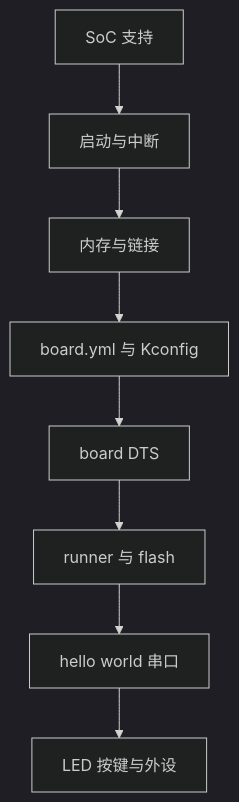
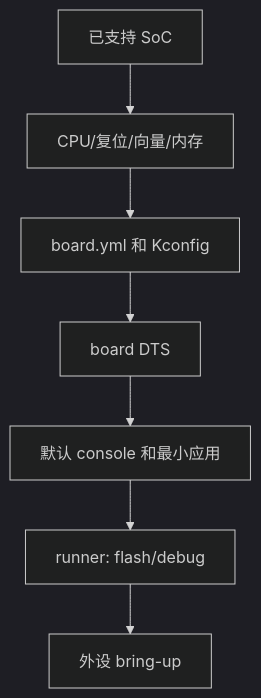
Before and after one commit to cdragon-ljl/EEandEdgeAI: the first of 2 diagrams in docs/articles/zephyr/zephyr-23-board-porting-part1-bsp.md, drawn with Mermaid (dark theme). The commit also changed other lines of this file and 35 other files, not shown here.

````diff
--- a/docs/articles/zephyr/zephyr-23-board-porting-part1-bsp.md
+++ b/docs/articles/zephyr/zephyr-23-board-porting-part1-bsp.md
@@ -17,10 +25,9 @@
 ```mermaid
 flowchart TD
-    A[SoC 支持] --> B[启动与中断]
-    B --> C[内存与链接]
-    C --> D[board.yml 与 Kconfig]
-    D --> E[board DTS]
-    E --> F[runner 与 flash]
-    F --> G[hello world 串口]
-    G --> H[LED 按键与外设]
+    A[已支持 SoC] --> B[CPU/复位/向量/内存]
+    B --> C[board.yml 和 Kconfig]
+    C --> D[board DTS]
+    D --> E[默认 console 和最小应用]
+    E --> F[runner: flash/debug]
+    F --> G[外设 bring-up]
 ```
````
